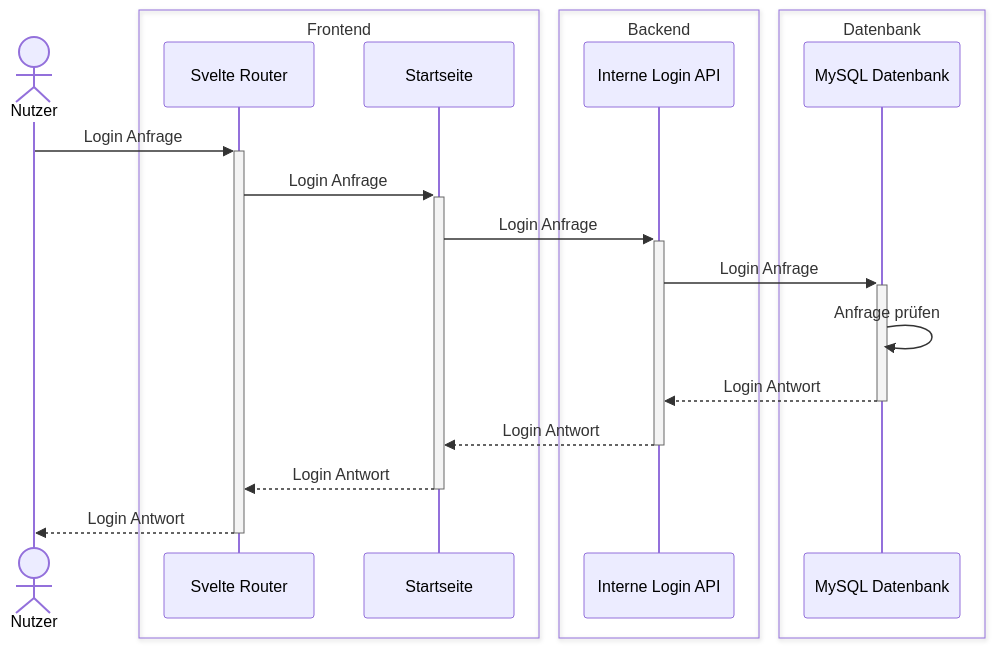
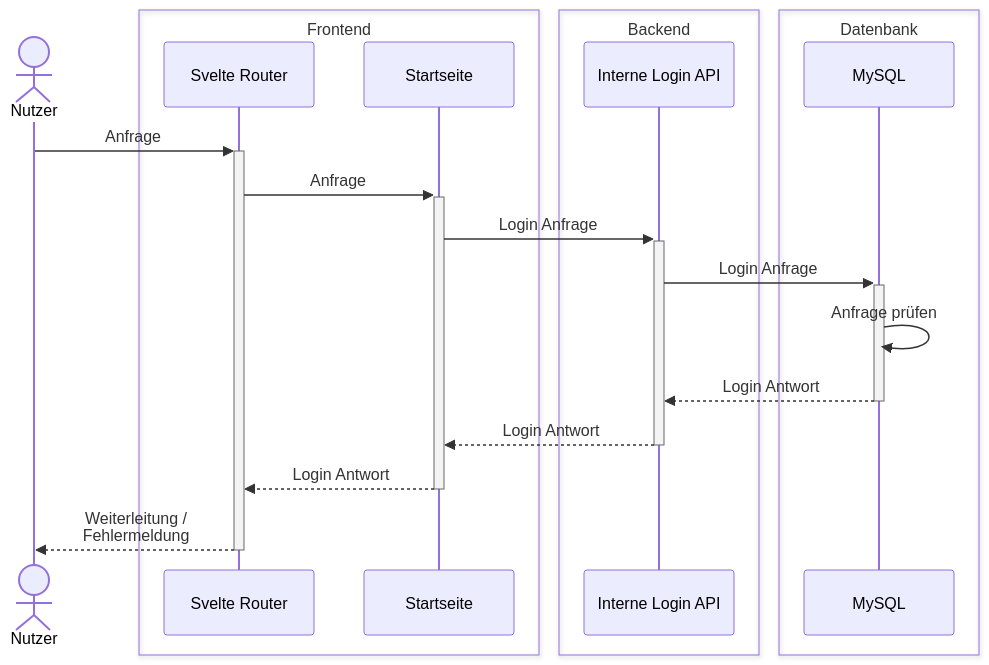
Before and after one commit to nyrocarion/LQMS: the third of 4 diagrams in README.md, drawn with Mermaid.

Commit message:
refactor: process diagram

````diff
--- a/README.md
+++ b/README.md
@@ -117,24 +117,24 @@
 ```mermaid
-
 sequenceDiagram
     actor Nutzer
     box Frontend
     participant Svelte Router
     participant Startseite
     end
     box Backend
     participant Interne Login API
     end
     box Datenbank
-    participant MySQL Datenbank
+    participant MySQL
     end
-    Nutzer->>+Svelte Router:Login Anfrage
-    Svelte Router->>+Startseite:Login Anfrage
+    Nutzer->>+Svelte Router: Anfrage
+    Svelte Router->>+Startseite: Anfrage
     Startseite->>+Interne Login API:Login Anfrage
-    Interne Login API->>+MySQL Datenbank:Login Anfrage
-    MySQL Datenbank->>MySQL Datenbank:Anfrage prüfen
-    MySQL Datenbank-->>-Interne Login API:Login Antwort
+    Interne Login API->>+MySQL:Login Anfrage
+    MySQL->>MySQL:Anfrage prüfen
+    MySQL-->>-Interne Login API:Login Antwort
     Interne Login API-->>-Startseite:Login Antwort
-    Startseite-->>-Svelte Router:Login Antwort
-    Svelte Router-->>-Nutzer:Login Antwort
+    Startseite-->>-Svelte Router: Login Antwort
+    Svelte Router-->>-Nutzer: Weiterleitung /<br> Fehlermeldung
+
 ```
````
